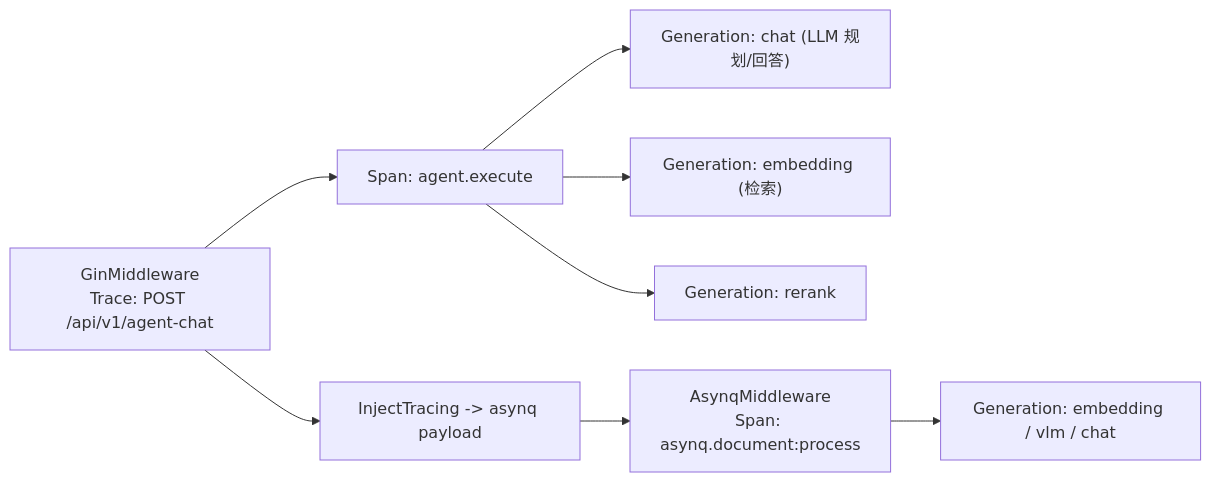
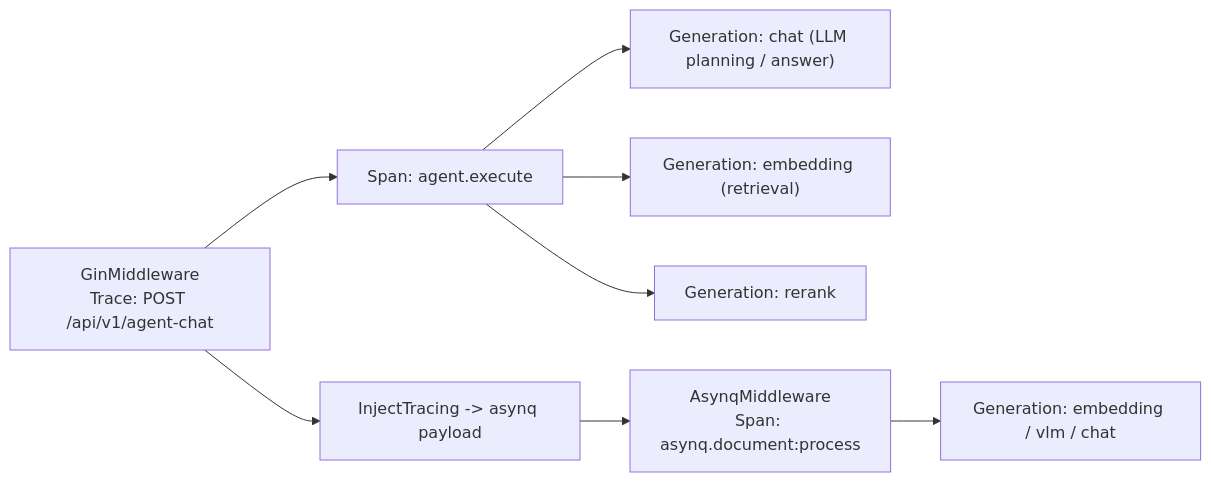
The first of 2 diagrams in website-docs/03-features/16-observability.md (jrmatherly/ai-kb), drawn with Mermaid before and after one commit. The commit also changed other lines of this file and 5 other files, not shown here.

````diff
--- a/website-docs/03-features/16-observability.md
+++ b/website-docs/03-features/16-observability.md
@@ -128,10 +134,10 @@
 ```mermaid
 flowchart LR
     A["GinMiddleware<br/>Trace: POST /api/v1/agent-chat"] --> B["Span: agent.execute"]
-    B --> C["Generation: chat (LLM 规划/回答)"]
-    B --> D["Generation: embedding (检索)"]
+    B --> C["Generation: chat (LLM planning / answer)"]
+    B --> D["Generation: embedding (retrieval)"]
     B --> E["Generation: rerank"]
     A --> F["InjectTracing -> asynq payload"]
     F --> G["AsynqMiddleware<br/>Span: asynq.document:process"]
     G --> H["Generation: embedding / vlm / chat"]
 ```
````
